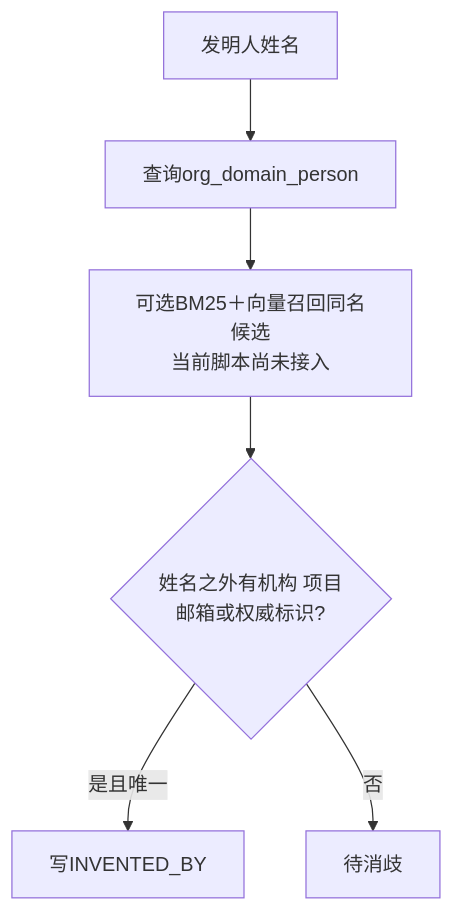
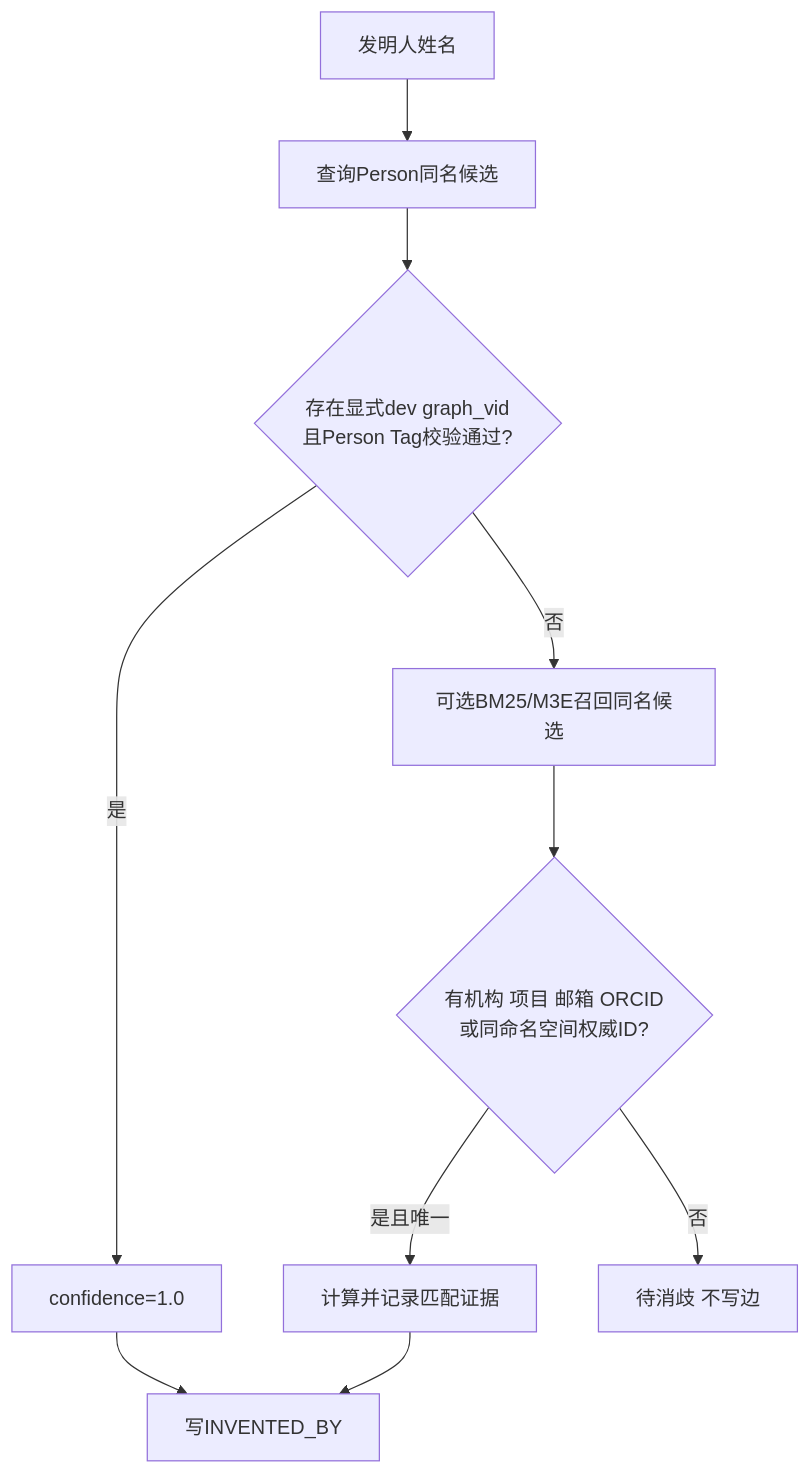
The ninth of 10 diagrams in backend/schemas/specifications/patent_relation_extraction.md (Marisolebxf/tech-kg-api), drawn with Mermaid before and after one commit. The commit also changed other lines of this file and 21 other files, not shown here.

````diff
--- a/backend/schemas/specifications/patent_relation_extraction.md
+++ b/backend/schemas/specifications/patent_relation_extraction.md
@@ -195,8 +250,12 @@
 ```mermaid
 flowchart TD
-    A[发明人姓名] --> B[查询org_domain_person]
-    B --> F[可选BM25＋向量召回同名候选<br/>当前脚本尚未接入]
-    F --> C{姓名之外有机构 项目<br/>邮箱或权威标识?}
-    C -->|是且唯一| D[写INVENTED_BY]
-    C -->|否| E[待消歧]
+    A[发明人姓名] --> B[查询Person同名候选]
+    B --> C{存在显式dev graph_vid<br/>且Person Tag校验通过?}
+    C -->|是| D[confidence=1.0]
+    C -->|否| E[可选BM25/M3E召回同名候选]
+    E --> F{有机构 项目 邮箱 ORCID<br/>或同命名空间权威ID?}
+    F -->|是且唯一| G[计算并记录匹配证据]
+    F -->|否| H[待消歧 不写边]
+    D --> I[写INVENTED_BY]
+    G --> I
 ```
````
